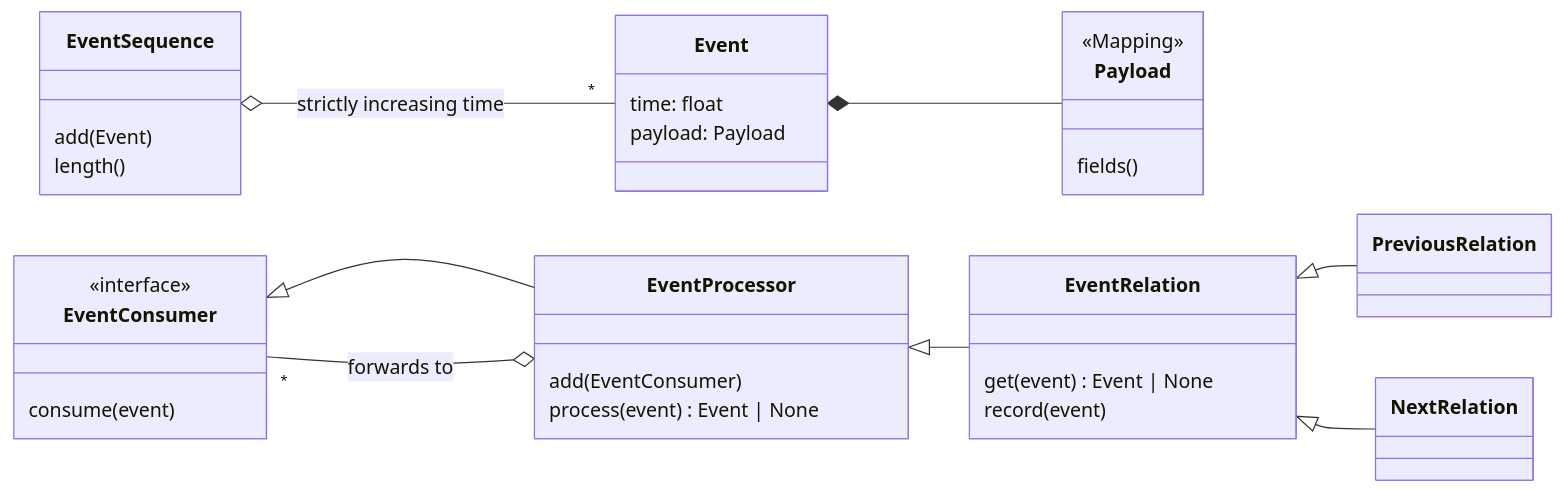
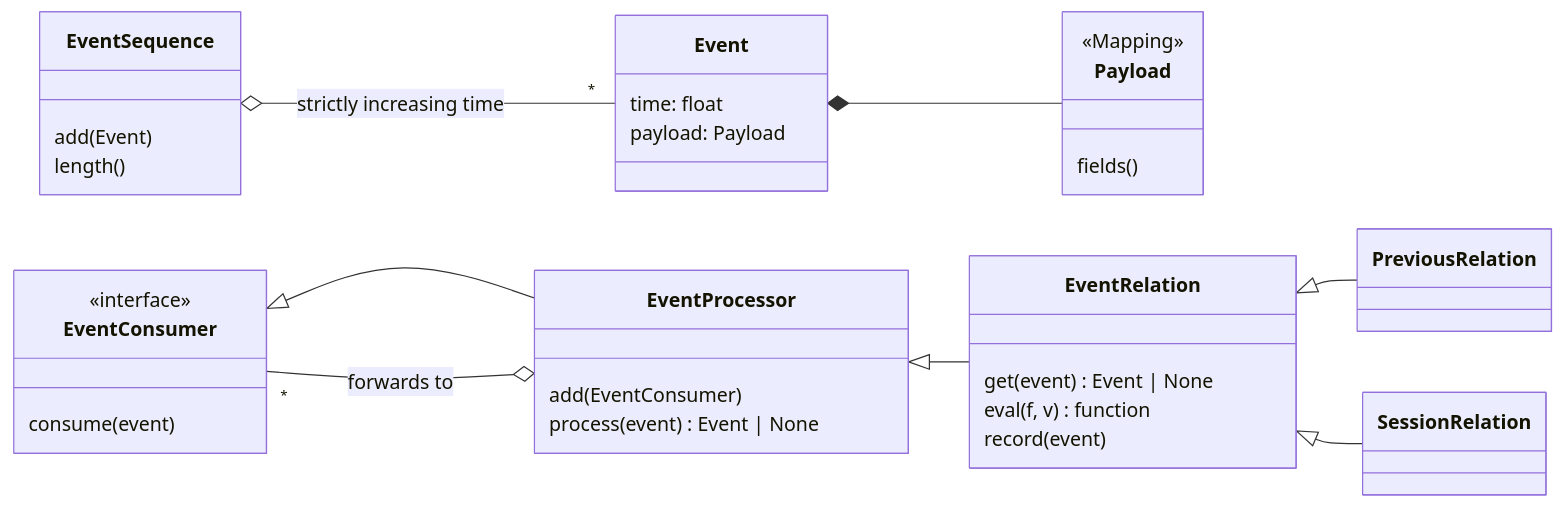
The diagram in docs/events.md (quasylab/CyTLMonitor), drawn with Mermaid before and after one commit. The commit also changed other lines of this file and 41 other files, not shown here.

````diff
--- a/docs/events.md
+++ b/docs/events.md
@@ -7,35 +7,36 @@
 ```mermaid
 classDiagram
     direction LR
     class Payload {
         <<Mapping>>
         fields()
     }
     class Event {
         time: float
         payload: Payload
     }
     class EventSequence {
         add(Event)
         length()
     }
     class EventConsumer {
         <<interface>>
         consume(event)
     }
     class EventProcessor {
         add(EventConsumer)
         process(event) Event | None
     }
     class EventRelation {
         get(event) Event | None
+        eval(f, v) function
         record(event)
     }
     Event *-- Payload
     EventSequence o-- "*" Event : strictly increasing time
     EventConsumer <|-- EventProcessor
     EventProcessor <|-- EventRelation
     EventRelation <|-- PreviousRelation
-    EventRelation <|-- NextRelation
+    EventRelation <|-- SessionRelation
     EventProcessor o-- "*" EventConsumer : forwards to
 ```
````
